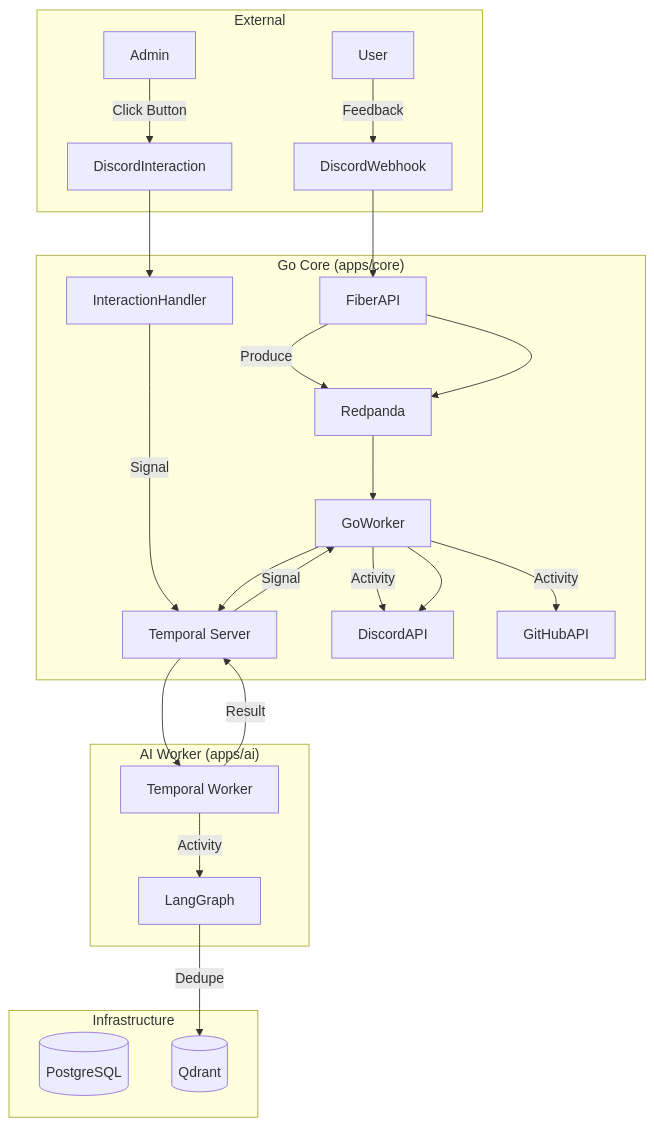
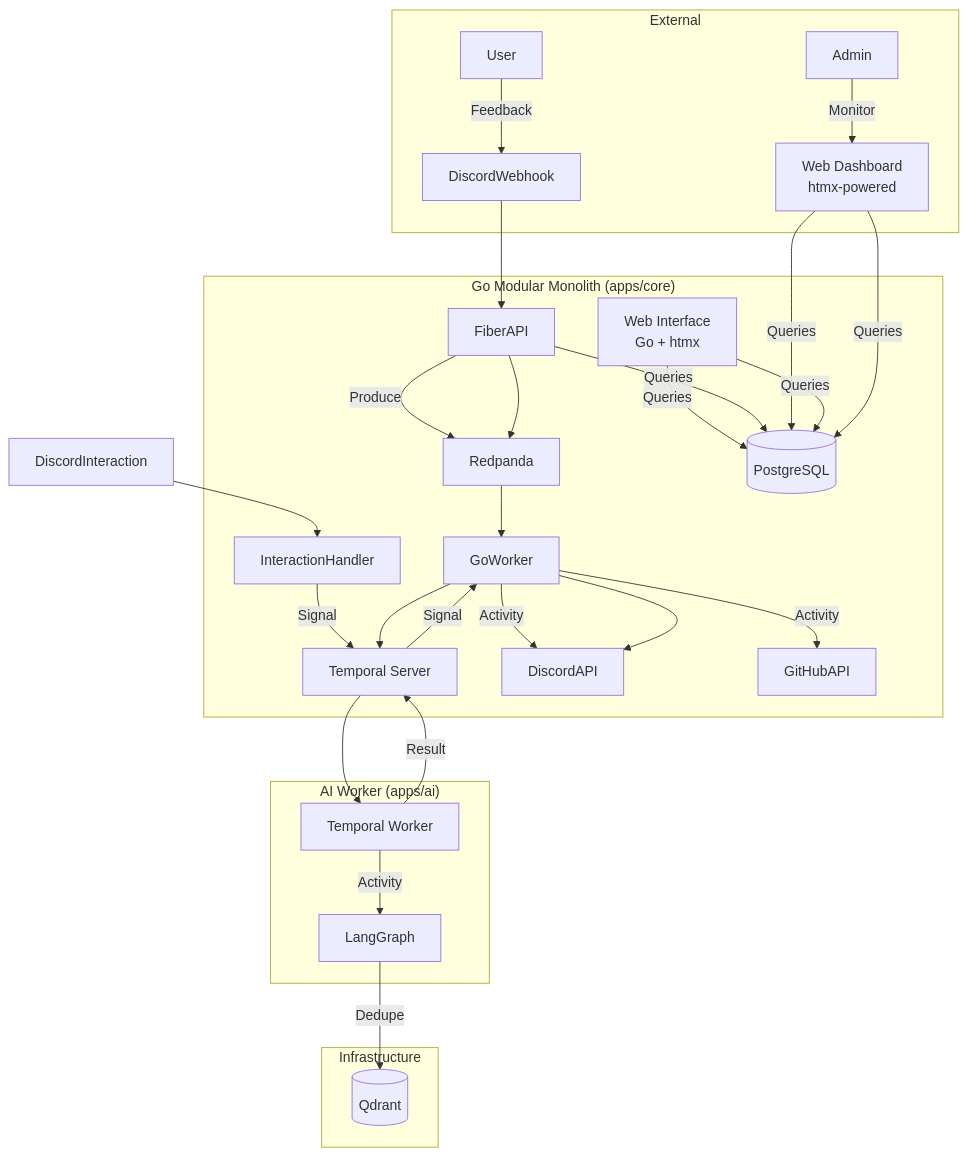
Before and after one commit to Aparnap2/sarthi_ai: the diagram in README.md, drawn with Mermaid. The commit also changed other lines of this file and 4 other files, not shown here.

````diff
--- a/README.md
+++ b/README.md
@@ -44,37 +111,42 @@
 ```mermaid
 graph TD
     subgraph "External"
         User -->|Feedback| DiscordWebhook
-        Admin -->|Click Button| DiscordInteraction
+        Admin -->|Monitor| WebDashboard
     end
 
-    subgraph "Go Core (apps/core)"
+    subgraph "Go Modular Monolith (apps/core)"
         FiberAPI -->|Produce| Redpanda
         InteractionHandler -->|Signal| Temporal
         GoWorker -->|Activity| DiscordAPI
         GoWorker -->|Activity| GitHubAPI
+        WebInterface[Web Interface<br/>Go + htmx] -->|Queries| PostgreSQL
+        FiberAPI -->|Queries| PostgreSQL
+        WebDashboard[Web Dashboard<br/>htmx-powered] -->|Queries| PostgreSQL
     end
 
     subgraph "Infrastructure"
         Redpanda[Redpanda]
         Temporal[Temporal Server]
         PostgreSQL[(PostgreSQL)]
         Qdrant[(Qdrant)]
     end
 
     subgraph "AI Worker (apps/ai)"
         PyWorker[Temporal Worker]
         PyWorker -->|Activity| LangGraph
         LangGraph -->|Dedupe| Qdrant
     end
 
     DiscordWebhook --> FiberAPI
     FiberAPI --> Redpanda
     Redpanda --> GoWorker
     GoWorker --> Temporal
     Temporal --> PyWorker
     PyWorker -->|Result| Temporal
     Temporal -->|Signal| GoWorker
     GoWorker --> DiscordAPI
+    WebInterface -->|Queries| PostgreSQL
+    WebDashboard -->|Queries| PostgreSQL
     DiscordInteraction --> InteractionHandler
 ```
````
